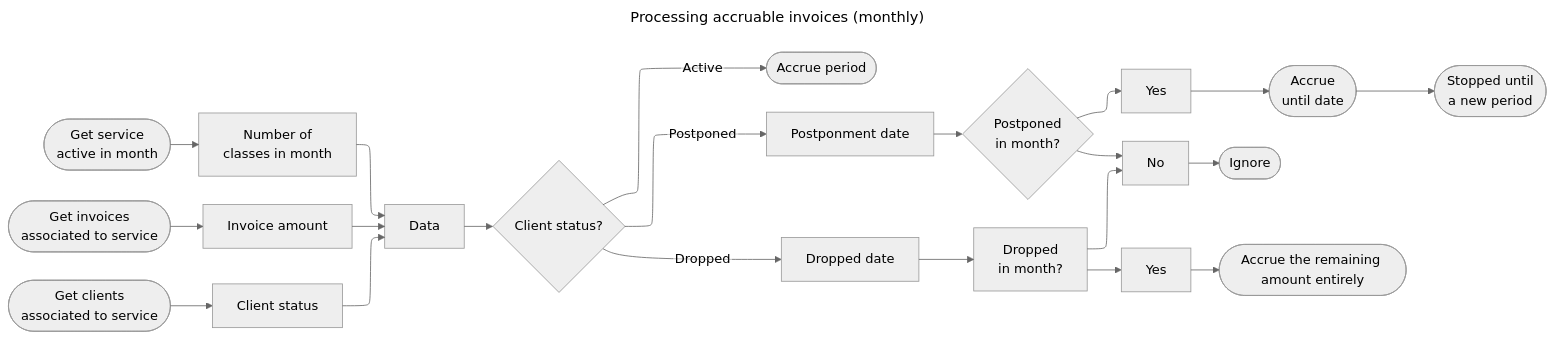
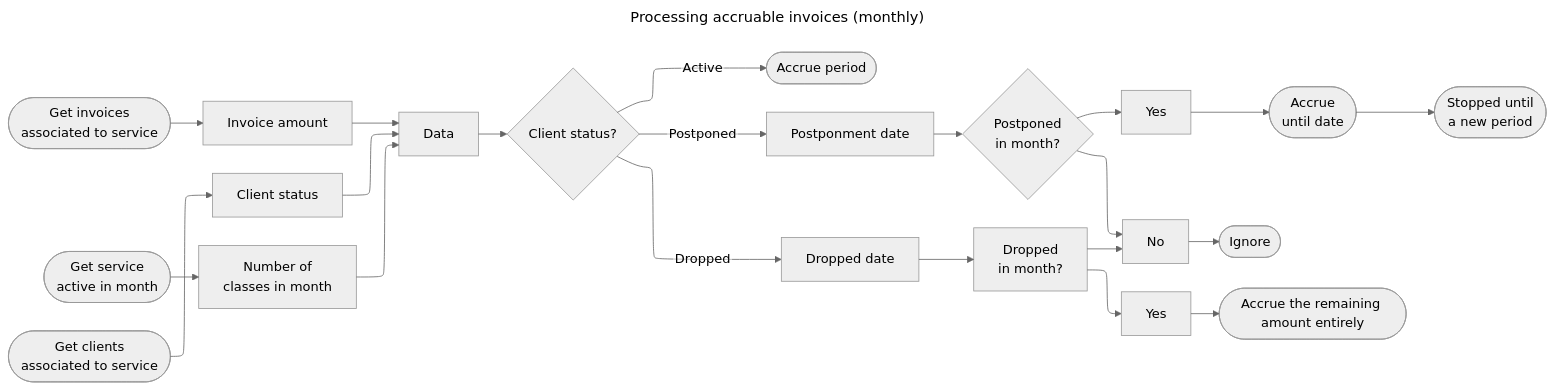
The second of 2 diagrams in README.md (marcogonzalo/devengo), drawn with Mermaid before and after one commit. The commit also changed other lines of this file, not shown here.

````diff
--- a/README.md
+++ b/README.md
@@ -81,41 +85,41 @@
 ```mermaid
 ---
 title: Processing accruable invoices (monthly)
 config:
   layout: elk
   theme: neutral
 ---
 %%{init: {"flowchart": {"htmlLabels": false}} }%%
 flowchart LR;
+    prepare_invoices(["Get invoices
+associated to service"])
     prepare_services(["Get service
 active in month"])
-    prepare_invoices(["Get invoices
-associated to service"])
     prepare_clients(["Get clients
 associated to service"])
     accrue_period(["Accrue period"])
     
-    prepare_services-->classes["Number of
-classes in month"]
-    classes-->Data
     prepare_invoices-->amount["Invoice amount"]
     amount-->Data    
     prepare_clients-->status["Client status"]
     status-->Data
+    prepare_services-->classes["Number of
+classes in month"]
+    classes-->Data
 
     Data-->check_status{"Client status?"}
     check_status--Active-->accrue_period
     check_status--Postponed-->postponment_date["Postponment date"]
     postponment_date-->postponed_in_month{"Postponed
 in month?"}
     postponed_in_month-->Yes_postponed["Yes"]-->accrue_until_date(["Accrue
 until date"])
     accrue_until_date-->stop(["Stopped until
 a new period"])
     postponed_in_month-->No
     check_status--Dropped-->dropout_date["Dropped date"]
     dropout_date-->dropped_in_month["Dropped
 in month?"]
     dropped_in_month-->No-->ignore(["Ignore"])
     dropped_in_month-->Yes_dropped["Yes"]-->accrue_remaining(["Accrue the remaining amount entirely"])
 ```
````
